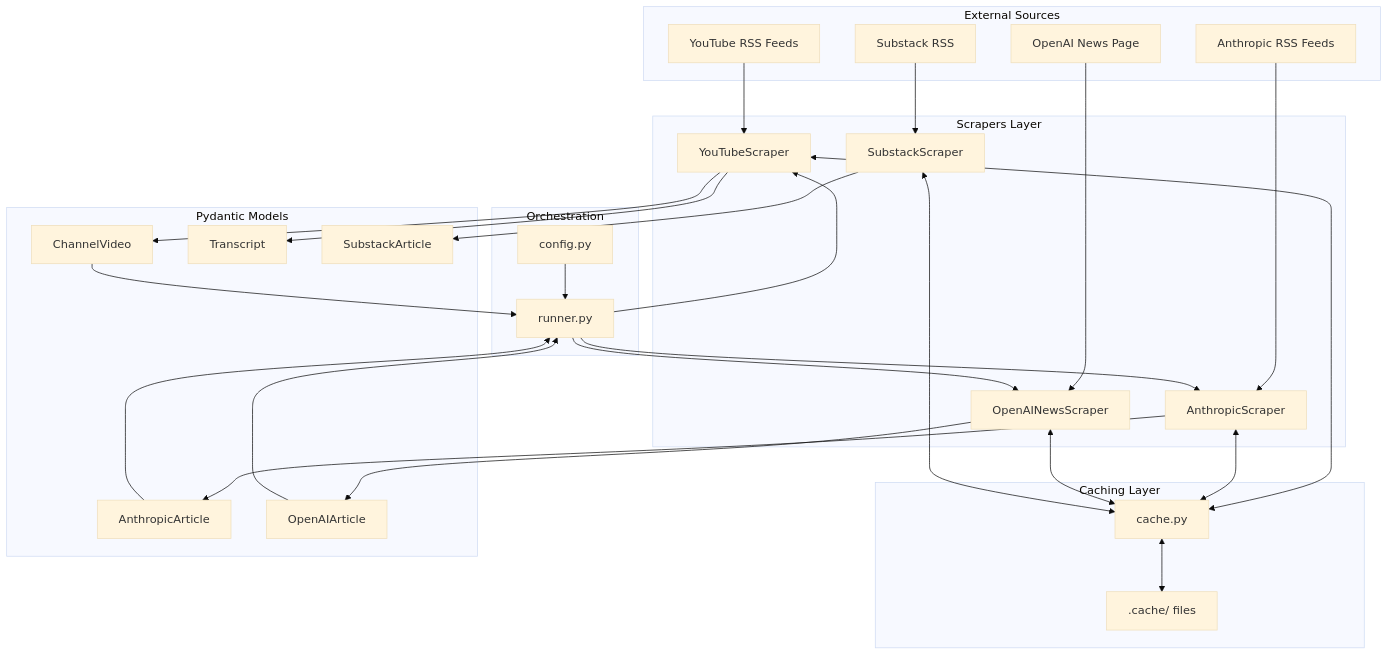
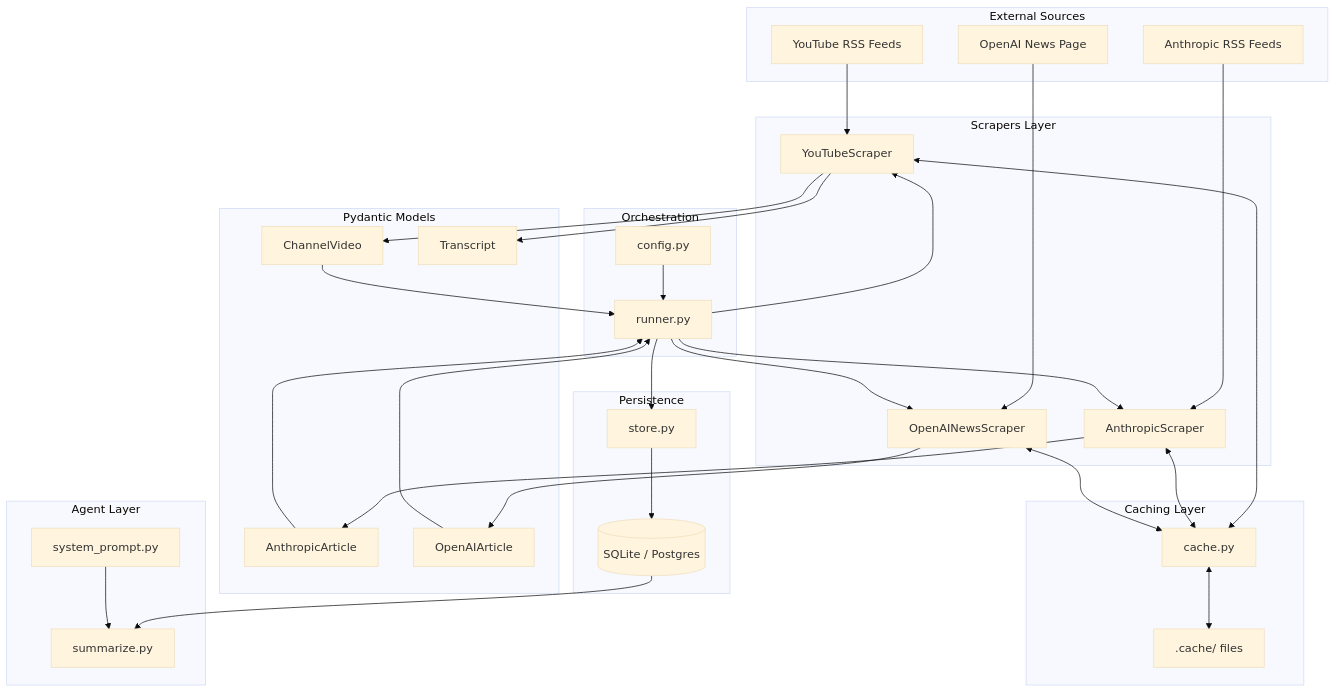
One commit to ZharlieSineFine/YouTube-RSS-Feed-Aggregator changed the first of 2 diagrams in PROJECT_STRUCTURE.md. Above: the diagram before and after it, drawn with Mermaid (base theme). The commit also changed other lines of this file and 82 other files, not shown here.

````diff
--- a/PROJECT_STRUCTURE.md
+++ b/PROJECT_STRUCTURE.md
@@ -26,60 +42,68 @@
 ```mermaid
 flowchart TB
     subgraph sources [External Sources]
         YT[YouTube RSS Feeds]
         AN[Anthropic RSS Feeds]
         OA[OpenAI News Page]
-        SS[Substack RSS]
     end
 
     subgraph scrapers [Scrapers Layer]
         YTS[YouTubeScraper]
         ANS[AnthropicScraper]
         OAS[OpenAINewsScraper]
-        SSS[SubstackScraper]
     end
 
     subgraph cache [Caching Layer]
         C[cache.py]
         CF[".cache/ files"]
     end
 
     subgraph models [Pydantic Models]
         CV[ChannelVideo]
         TR[Transcript]
         AA[AnthropicArticle]
         OAA[OpenAIArticle]
-        SA[SubstackArticle]
     end
 
     subgraph runner [Orchestration]
         R[runner.py]
         CFG[config.py]
     end
 
+    subgraph db [Persistence]
+        DB[(SQLite / Postgres)]
+        ST[store.py]
+    end
+
+    subgraph agent [Agent Layer]
+        AG[summarize.py]
+        SP[system_prompt.py]
+    end
+
     YT --> YTS
     AN --> ANS
     OA --> OAS
-    SS --> SSS
 
     YTS <--> C
     ANS <--> C
     OAS <--> C
-    SSS <--> C
     C <--> CF
 
     YTS --> CV
     YTS --> TR
     ANS --> AA
     OAS --> OAA
-    SSS --> SA
 
     CFG --> R
     R --> YTS
     R --> ANS
     R --> OAS
 
     CV --> R
     AA --> R
     OAA --> R
+    R --> ST
+    ST --> DB
+    DB --> AG
+    SP --> AG
 ```
````
